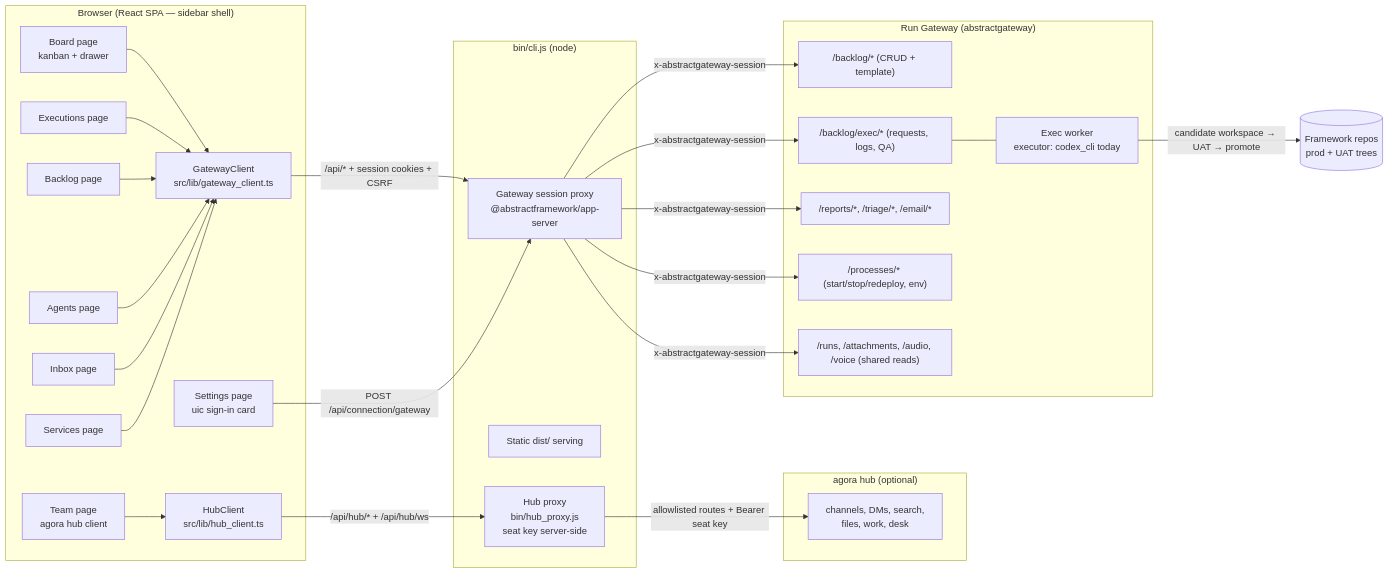
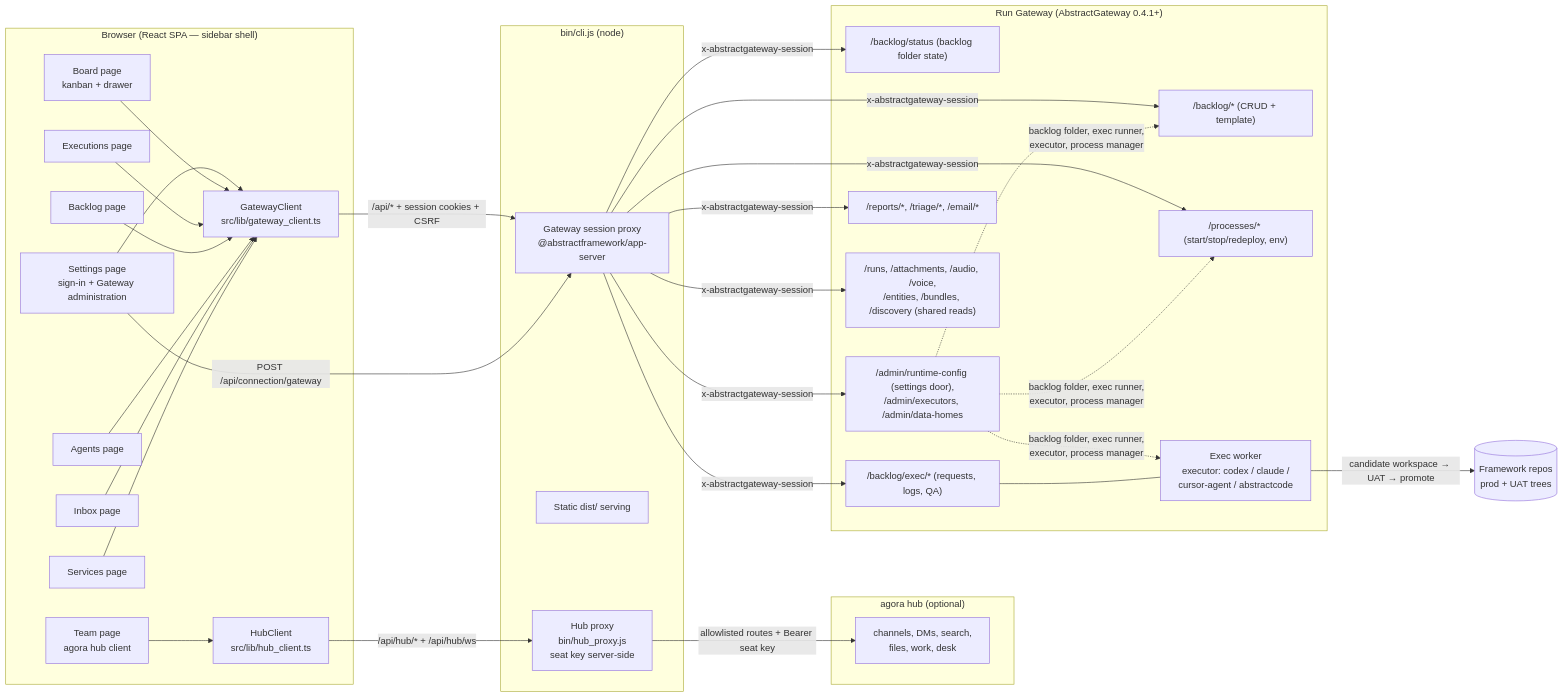
The first of 3 diagrams in docs/architecture.md (lpalbou/AbstractContinuum), drawn with Mermaid before and after one commit. The commit also changed other lines of this file and 14 other files, not shown here.

First line of the commit message:
docs: coredoc pass for 0.3.0 (gateway settings, backlog folder, API surface)

````diff
--- a/docs/architecture.md
+++ b/docs/architecture.md
@@ -10,49 +10,53 @@
 ```mermaid
 flowchart LR
     subgraph Browser["Browser (React SPA — sidebar shell)"]
         BO[Board page<br/>kanban + drawer]
         EX[Executions page]
         BL[Backlog page]
         AG[Agents page]
         TM[Team page<br/>agora hub client]
         HC[HubClient<br/>src/lib/hub_client.ts]
         IN[Inbox page]
         PR[Services page]
-        SE[Settings page<br/>uic sign-in card]
+        SE[Settings page<br/>sign-in + Gateway administration]
         GC[GatewayClient<br/>src/lib/gateway_client.ts]
+        SE --> GC
         BO --> GC
         EX --> GC
         BL --> GC
         AG --> GC
         IN --> GC
         PR --> GC
         TM --> HC
     end
 
     subgraph AppServer["bin/cli.js (node)"]
         SP[Gateway session proxy<br/>@abstractframework/app-server]
         ST[Static dist/ serving]
         HP[Hub proxy<br/>bin/hub_proxy.js<br/>seat key server-side]
     end
 
     subgraph Hub["agora hub (optional)"]
         HA["channels, DMs, search,<br/>files, work, desk"]
     end
 
-    subgraph Gateway["Run Gateway (abstractgateway)"]
+    subgraph Gateway["Run Gateway (AbstractGateway 0.4.1+)"]
+        BS["/backlog/status (backlog folder state)"]
+        AD["/admin/runtime-config (settings door),<br/>/admin/executors, /admin/data-homes"]
         BK["/backlog/* (CRUD + template)"]
         EP["/backlog/exec/* (requests, logs, QA)"]
         RP["/reports/*, /triage/*, /email/*"]
         PM["/processes/* (start/stop/redeploy, env)"]
-        SH["/runs, /attachments, /audio, /voice (shared reads)"]
-        WK[Exec worker<br/>executor: codex_cli today]
+        SH["/runs, /attachments, /audio, /voice,<br/>/entities, /bundles, /discovery (shared reads)"]
+        WK[Exec worker<br/>executor: codex / claude /<br/>cursor-agent / abstractcode]
     end
 
     GC -- "/api/* + session cookies + CSRF" --> SP
     SE -- "POST /api/connection/gateway" --> SP
-    SP -- "x-abstractgateway-session" --> BK & EP & RP & PM & SH
+    SP -- "x-abstractgateway-session" --> BS & AD & BK & EP & RP & PM & SH
+    AD -. "backlog folder, exec runner,<br/>executor, process manager" .-> BK & WK & PM
     HC -- "/api/hub/* + /api/hub/ws" --> HP
     HP -- "allowlisted routes + Bearer seat key" --> HA
     EP --- WK
     WK -- "candidate workspace → UAT → promote" --> Repos[(Framework repos<br/>prod + UAT trees)]
 ```
````
